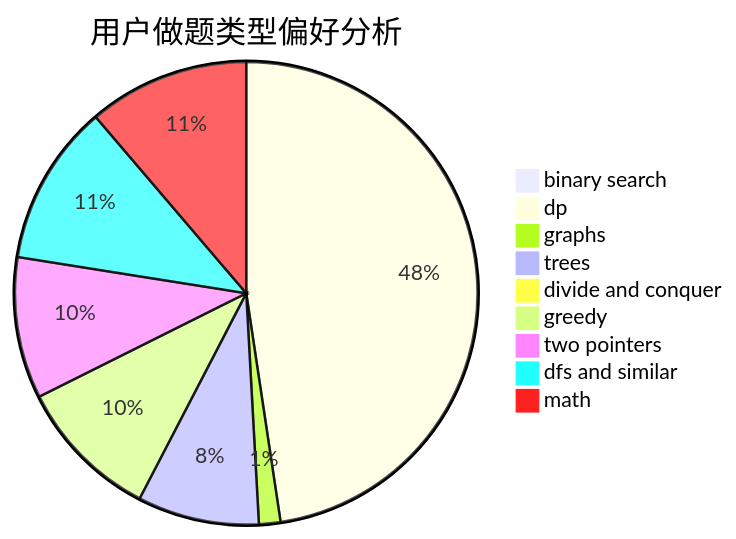
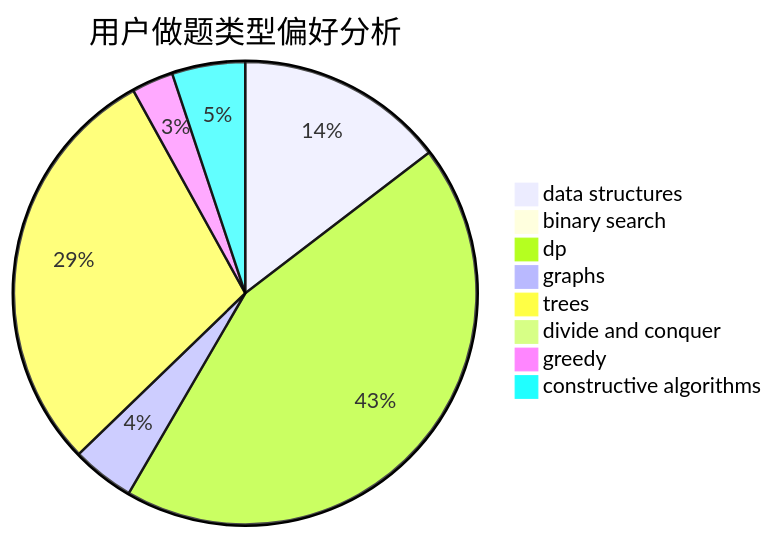
One commit to sherpahu/cfrs.github.io changed the second of 3 diagrams in docs/user/u2765.md. Above: the diagram before and after it, drawn with Mermaid. The commit also changed other lines of this file and 2775 other files, not shown here.

````diff
--- a/docs/user/u2765.md
+++ b/docs/user/u2765.md
@@ -23,12 +23,11 @@
 ```mermaid
 pie title 用户做题类型偏好分析
+    "data structures" :  20
     "binary search" :  1
-    "dp" :  381
-    "graphs" :  12
-    "trees" :  68
+    "dp" :  60
+    "graphs" :  6
+    "trees" :  40
     "divide and conquer" :  0
-    "greedy" :  80
-    "two pointers" :  79
-    "dfs and similar" :  90
-    "math" :  90
+    "greedy" :  4
+    "constructive algorithms" :  7
 ```
````
